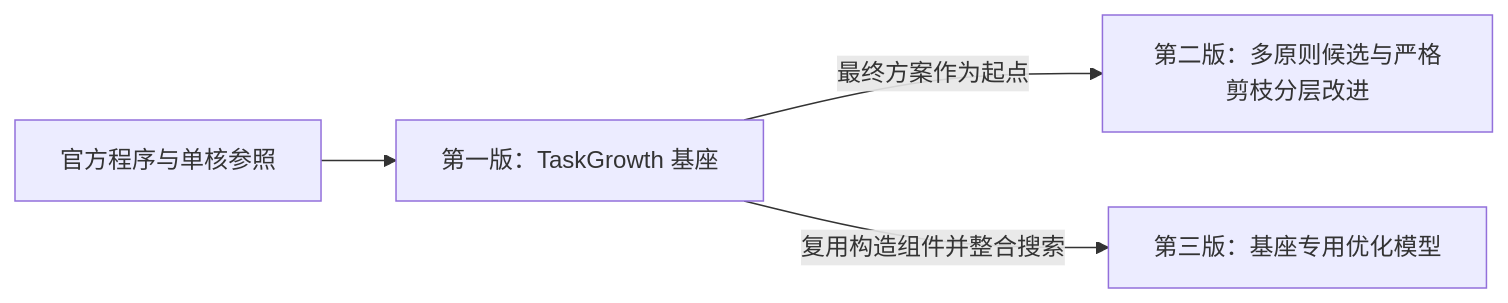
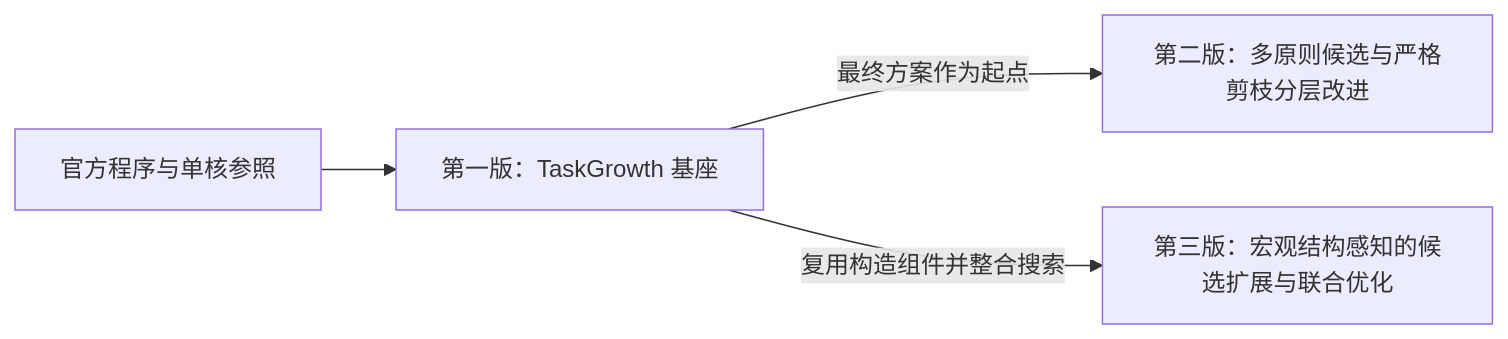
The diagram in README.md (Kk111777/HuaweiCup2026A), drawn with Mermaid before and after one commit. The commit also changed other lines of this file and 52 other files, not shown here.

````diff
--- a/README.md
+++ b/README.md
@@ -18,6 +18,6 @@
 ```mermaid
 flowchart LR
     O[官方程序与单核参照] --> V1[第一版：TaskGrowth 基座]
     V1 -->|最终方案作为起点| V2[第二版：多原则候选与严格剪枝分层改进]
-    V1 -->|复用构造组件并整合搜索| V3[第三版：基座专用优化模型]
+    V1 -->|复用构造组件并整合搜索| V3[第三版：宏观结构感知的候选扩展与联合优化]
 ```
````
